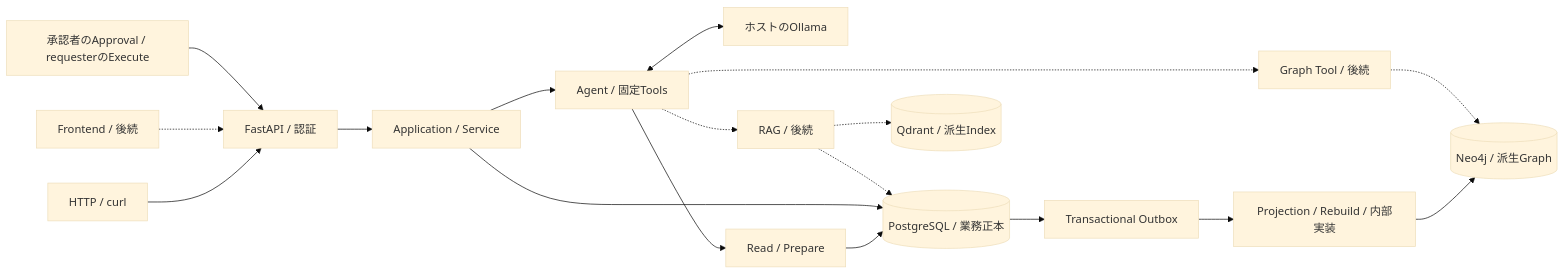
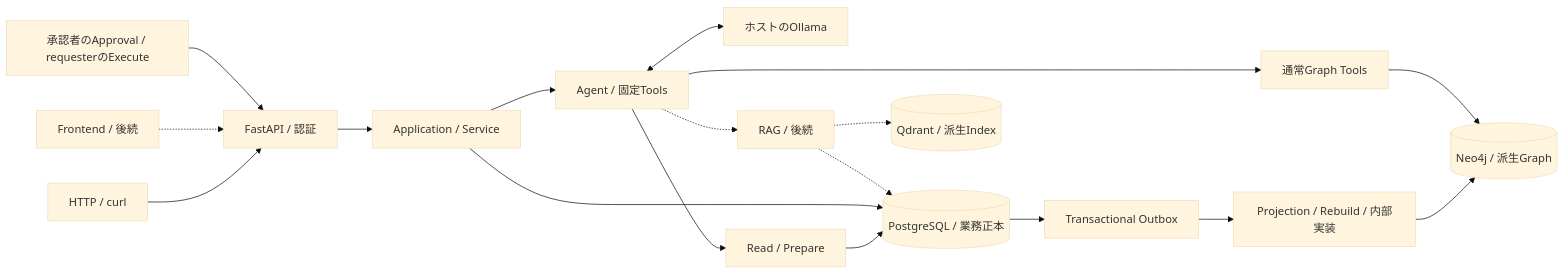
Before and after one commit to philippos2/line-scope: the diagram in README.md, drawn with Mermaid (base theme). The commit also changed other lines of this file and 10 other files, not shown here.

````diff
--- a/README.md
+++ b/README.md
@@ -30,20 +30,20 @@
 ```mermaid
 flowchart LR
     Curl[HTTP / curl] --> API[FastAPI / 認証]
     UI[Frontend / 後続] -.-> API
     API --> App[Application / Service]
     App --> Agent[Agent / 固定Tools]
     Agent <--> LLM[ホストのOllama]
     Agent --> Read[Read / Prepare]
     Read --> PG[(PostgreSQL / 業務正本)]
     Human[承認者のApproval / requesterのExecute] --> API
     App --> PG
     PG --> Outbox[Transactional Outbox]
     Outbox --> Projection[Projection / Rebuild / 内部実装]
     Projection --> Neo4j[(Neo4j / 派生Graph)]
-    Agent -.-> Graph[Graph Tool / 後続]
-    Graph -.-> Neo4j
+    Agent --> Graph[通常Graph Tools]
+    Graph --> Neo4j
     Agent -.-> RAG[RAG / 後続]
     RAG -.-> Qdrant[(Qdrant / 派生Index)]
     RAG -.-> PG
 ```
````
